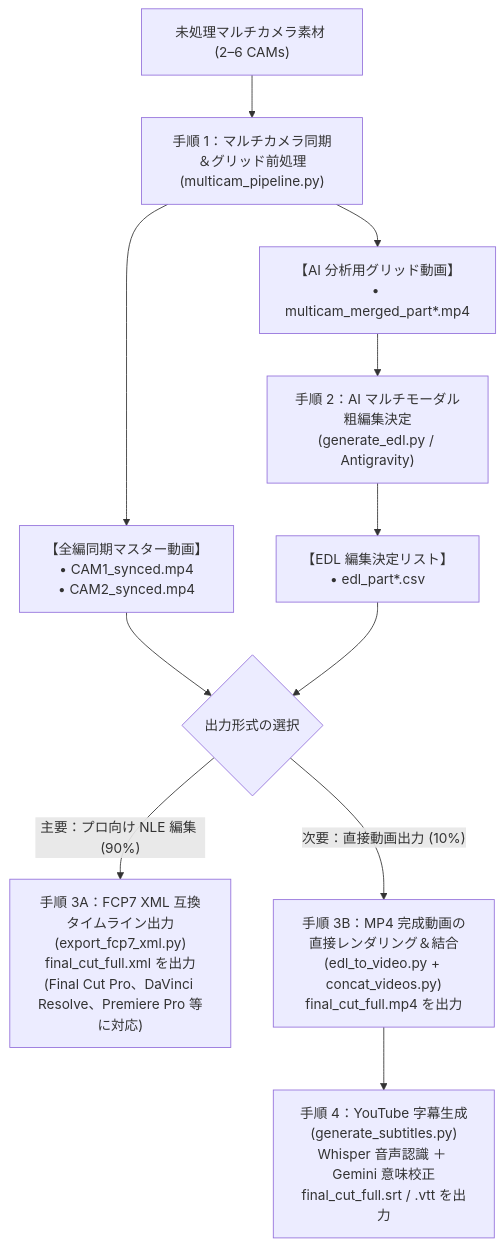
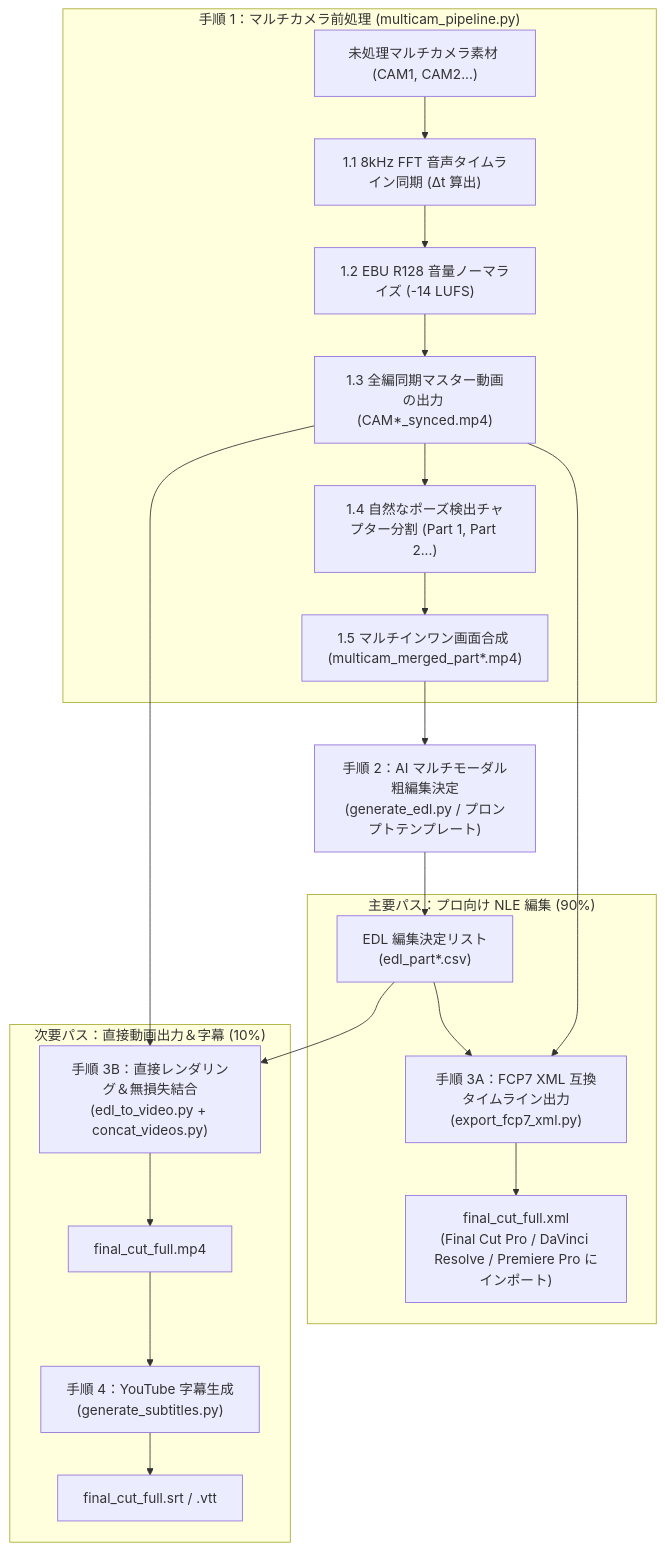
Before and after one commit to sylphlin/multicam-video-preprocessing: the diagram in README.ja.md, drawn with Mermaid. The commit also changed 4 other files, not shown here.

Commit message:
docs: redesign clean relationship-focused Mermaid flowcharts with sub-steps 1.1-1.5 across all 5 READMEs

````diff
--- a/README.ja.md
+++ b/README.ja.md
@@ -53,18 +53,27 @@
 ```mermaid
 flowchart TD
-    A["未処理マルチカメラ素材 (2–6 CAMs)"] --> B["手順 1：マルチカメラ同期＆グリッド前処理<br/>(multicam_pipeline.py)"]
-    
-    B --> C["【全編同期マスター動画】<br/>• CAM1_synced.mp4<br/>• CAM2_synced.mp4"]
-    B --> D["【AI 分析用グリッド動画】<br/>• multicam_merged_part*.mp4"]
-    
-    D --> E["手順 2：AI マルチモーダル粗編集決定<br/>(generate_edl.py / Antigravity)"]
-    E --> F["【EDL 編集決定リスト】<br/>• edl_part*.csv"]
-    
-    C --> G{"出力形式の選択"}
-    F --> G
-    
-    G -->|"主要：プロ向け NLE 編集 (90%)"| H["手順 3A：FCP7 XML 互換タイムライン出力<br/>(export_fcp7_xml.py)<br/>final_cut_full.xml を出力<br/>(Final Cut Pro、DaVinci Resolve、Premiere Pro 等に対応)"]
-    G -->|"次要：直接動画出力 (10%)"| I["手順 3B：MP4 完成動画の直接レンダリング＆結合<br/>(edl_to_video.py + concat_videos.py)<br/>final_cut_full.mp4 を出力"]
-    
-    I --> J["手順 4：YouTube 字幕生成<br/>(generate_subtitles.py)<br/>Whisper 音声認識 ＋ Gemini 意味校正<br/>final_cut_full.srt / .vtt を出力"]
+    subgraph S1["手順 1：マルチカメラ前処理 (multicam_pipeline.py)"]
+        A["未処理マルチカメラ素材 (CAM1, CAM2...)"] --> S1_1["1.1 8kHz FFT 音声タイムライン同期 (Δt 算出)"]
+        S1_1 --> S1_2["1.2 EBU R128 音量ノーマライズ (-14 LUFS)"]
+        S1_2 --> S1_3["1.3 全編同期マスター動画の出力 (CAM*_synced.mp4)"]
+        S1_3 --> S1_4["1.4 自然なポーズ検出チャプター分割 (Part 1, Part 2...)"]
+        S1_4 --> S1_5["1.5 マルチインワン画面合成 (multicam_merged_part*.mp4)"]
+    end
+
+    S1_5 --> S2["手順 2：AI マルチモーダル粗編集決定<br/>(generate_edl.py / プロンプトテンプレート)"]
+    S2 --> EDL["EDL 編集決定リスト<br/>(edl_part*.csv)"]
+
+    subgraph S3A["主要パス：プロ向け NLE 編集 (90%)"]
+        S1_3 --> S3A_ACT["手順 3A：FCP7 XML 互換タイムライン出力<br/>(export_fcp7_xml.py)"]
+        EDL --> S3A_ACT
+        S3A_ACT --> XML["final_cut_full.xml<br/>(Final Cut Pro / DaVinci Resolve / Premiere Pro にインポート)"]
+    end
+
+    subgraph S3B["次要パス：直接動画出力＆字幕 (10%)"]
+        S1_3 --> S3B_ACT["手順 3B：直接レンダリング＆無損失結合<br/>(edl_to_video.py + concat_videos.py)"]
+        EDL --> S3B_ACT
+        S3B_ACT --> MP4["final_cut_full.mp4"]
+        MP4 --> S4["手順 4：YouTube 字幕生成<br/>(generate_subtitles.py)"]
+        S4 --> SRT["final_cut_full.srt / .vtt"]
+    end
 ```
````
